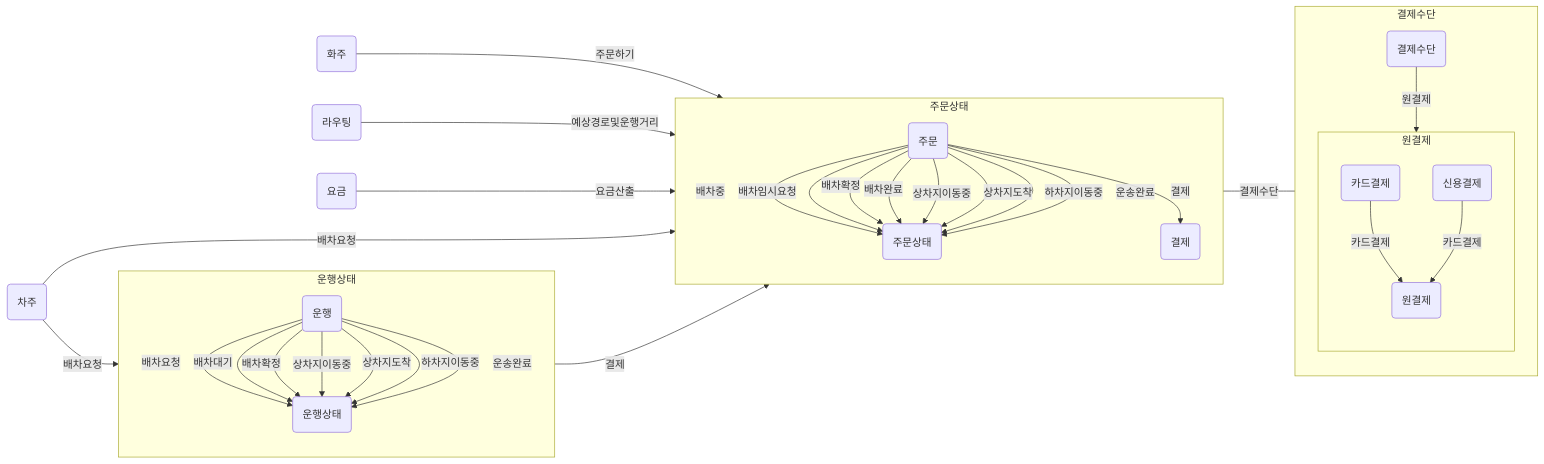
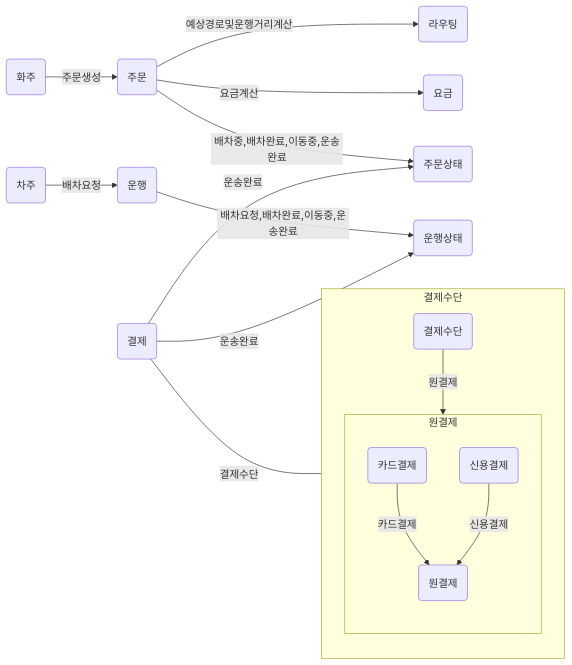
Before and after one commit to next-step/career-domain: the first of 2 diagrams in Domain/domainModel-kimho314.md, drawn with Mermaid. The commit also changed other lines of this file, not shown here.

Commit message:
상세 도메인 다이어 그램 수정

````diff
--- a/Domain/domainModel-kimho314.md
+++ b/Domain/domainModel-kimho314.md
@@ -5,55 +7,35 @@
 ```mermaid
 flowchart LR
-        OWNER(화주)
-        DRIVER(차주)
-        ORDER(주문)
-        OWNER_STATUS(주문상태)
-        DRIVING_VEHICLE(운행)
-        DRIVING_VEHICLE_STATUS(운행상태)
+        Owner(화주)
+        Driver(차주)
+        Order(주문)
+        Order_Status(주문상태)
+        Driving_Vehicle(운행)
+        Driving_Vehicle_Status(운행상태)
         Payment(결제)
         PaymentMethod(결제수단)
         FundingSource(원결제)
         Card(카드결제)
         CreditPayment(신용결제)
-        ROUTING(라우팅)
-        PRICING(요금)
-        OWNER-->|주문하기|ORDER
-        ROUTING-->|예상경로및운행거리|ORDER
-        PRICING-->|요금산출|ORDER
-        subgraph 주문상태
-        direction TB
-        ORDER-->|배차중|OWNER_STATUS
-        ORDER-->|배차임시요청|OWNER_STATUS
-        ORDER-->|배차확정|OWNER_STATUS
-        ORDER-->|배차완료|OWNER_STATUS
-        ORDER-->|상차지이동중|OWNER_STATUS
-        ORDER-->|상차지도착|OWNER_STATUS
-        ORDER-->|하차지이동중|OWNER_STATUS
-        ORDER-->|운송완료|OWNER_STATUS
-        ORDER-->|결제|Payment
-        end
-        DRIVER-->|배차요청|ORDER
-        DRIVER-->|배차요청|DRIVING_VEHICLE
-        subgraph 운행상태
-        direction TB
-        DRIVING_VEHICLE-->|배차요청|DRIVING_VEHICLE_STATUS
-        DRIVING_VEHICLE-->|배차대기|DRIVING_VEHICLE_STATUS
-        DRIVING_VEHICLE-->|배차확정|DRIVING_VEHICLE_STATUS
-        DRIVING_VEHICLE-->|상차지이동중|DRIVING_VEHICLE_STATUS
-        DRIVING_VEHICLE-->|상차지도착|DRIVING_VEHICLE_STATUS
-        DRIVING_VEHICLE-->|하차지이동중|DRIVING_VEHICLE_STATUS
-        DRIVING_VEHICLE-->|운송완료|DRIVING_VEHICLE_STATUS
-        DRIVING_VEHICLE-->|결제|Payment
-        end
+        Routing(라우팅)
+        Pricing(요금)
+        Owner-->|주문생성|Order
+        Order-->|예상경로및운행거리계산|Routing
+        Order-->|요금계산|Pricing
+        Order-->|배차중,배차완료,이동중,운송완료|Order_Status
+        Driver-->|배차요청|Driving_Vehicle
+        Driving_Vehicle-->|배차요청,배차완료,이동중,운송완료|Driving_Vehicle_Status
+        Payment-->|운송완료|Driving_Vehicle_Status
+        Payment-->|운송완료|Order_Status
         Payment ---|결제수단|PaymentMethod
         subgraph 결제수단
         direction TB
         PaymentMethod-->|원결제|FundingSource
             subgraph 원결제
             direction TB
             Card-->|카드결제|FundingSource
-            CreditPayment-->|카드결제|FundingSource
+            CreditPayment-->|신용결제|FundingSource
             CreditPayment(신용결제)
             end
         end
 ```
````
